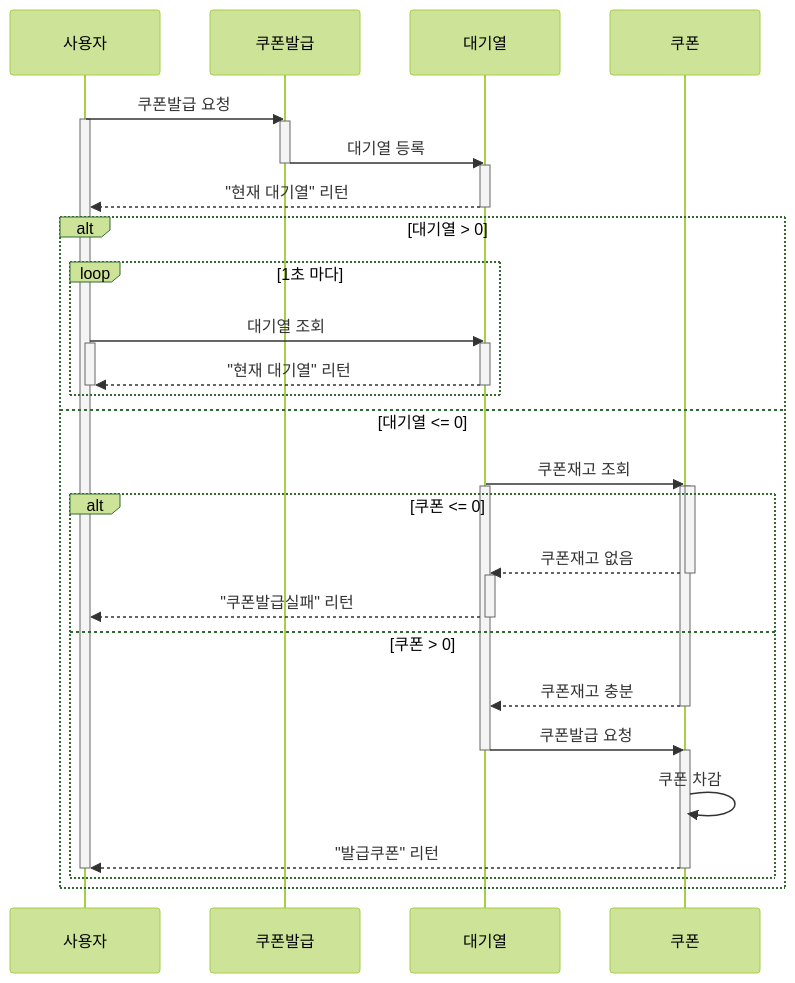
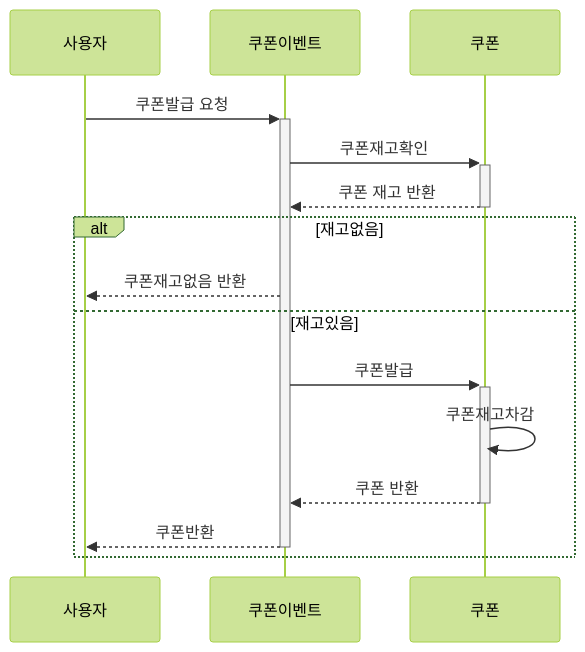
One commit to chapakook/kotlin-ecommerce changed the fourth of 6 diagrams in docs/sequence-diagram.md. Above: the diagram before and after it, drawn with Mermaid (forest theme). The commit also changed other lines of this file, not shown here.

Commit message:
[DOC] 시퀀스다이어그램 업데이트 - 주문 시퀀스 간소화

````diff
--- a/docs/sequence-diagram.md
+++ b/docs/sequence-diagram.md
@@ -85,43 +85,14 @@
 ```mermaid
 sequenceDiagram
-    사용자 ->> 쿠폰발급 : 쿠폰발급 요청
-    activate 사용자
-    activate 쿠폰발급
-    쿠폰발급 ->> 대기열 : 대기열 등록
-    deactivate 쿠폰발급
-    activate 대기열
-    대기열 -->> 사용자 : "현재 대기열" 리턴
-    deactivate 대기열
-    alt 대기열 > 0
-        loop 1초 마다
-            사용자 ->> 대기열 : 대기열 조회
-            activate 대기열
-            activate 사용자
-            대기열 -->> 사용자 : "현재 대기열" 리턴
-            deactivate 대기열
-            deactivate 사용자
-        end
-    else 대기열 <= 0
-        대기열 ->> 쿠폰 : 쿠폰재고 조회
-        activate 대기열
-        activate 쿠폰
-        activate 쿠폰
-        alt 쿠폰 <= 0
-            쿠폰 -->> 대기열 : 쿠폰재고 없음
-            activate 대기열
-            deactivate 쿠폰
-            대기열 -->> 사용자 : "쿠폰발급실패" 리턴 
-            deactivate 대기열
-        else 쿠폰 > 0
-            쿠폰 -->> 대기열 : 쿠폰재고 충분
-            deactivate 쿠폰
-            대기열 ->> 쿠폰 : 쿠폰발급 요청
-            activate 쿠폰
-            deactivate 대기열
-            쿠폰 ->> 쿠폰 : 쿠폰 차감
-            쿠폰 -->> 사용자 : "발급쿠폰" 리턴
-            deactivate 쿠폰
-            deactivate 사용자
-        end
-    end 
+    사용자 ->> +쿠폰이벤트: 쿠폰발급 요청
+    쿠폰이벤트 ->> +쿠폰: 쿠폰재고확인
+    쿠폰 -->> -쿠폰이벤트: 쿠폰 재고 반환
+    alt 재고없음
+        쿠폰이벤트 -->> 사용자: 쿠폰재고없음 반환
+    else 재고있음
+        쿠폰이벤트 ->> +쿠폰: 쿠폰발급
+        쿠폰 ->> 쿠폰: 쿠폰재고차감
+        쿠폰 -->> -쿠폰이벤트: 쿠폰 반환
+        쿠폰이벤트 -->> -사용자: 쿠폰반환
+    end
 ```
````
